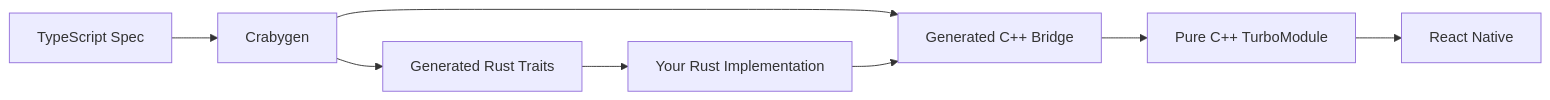
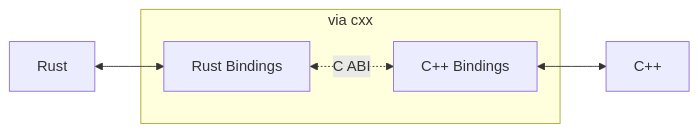
Before and after one commit to leegeunhyeok/craby: the diagram in docs/guide/introduction.md, drawn with Mermaid. The commit also changed other lines of this file and 22 other files, not shown here.

````diff
--- a/docs/guide/introduction.md
+++ b/docs/guide/introduction.md
@@ -29,10 +64,11 @@
 ```mermaid
 graph LR
-    A[TypeScript Spec] --> B[Crabygen]
-    B --> C[Generated Rust Traits]
-    B --> D[Generated C++ Bridge]
-    C --> E[Your Rust Implementation]
-    E --> D
-    D --> F[Pure C++ TurboModule]
-    F --> G[React Native]
+    A[Rust] <--> B[Rust Bindings]
+    B <.-> |C ABI| C[C++ Bindings]
+    C <--> D[C++]
+
+    subgraph cxx["via cxx"]
+        B
+        C
+    end
 ```
````
